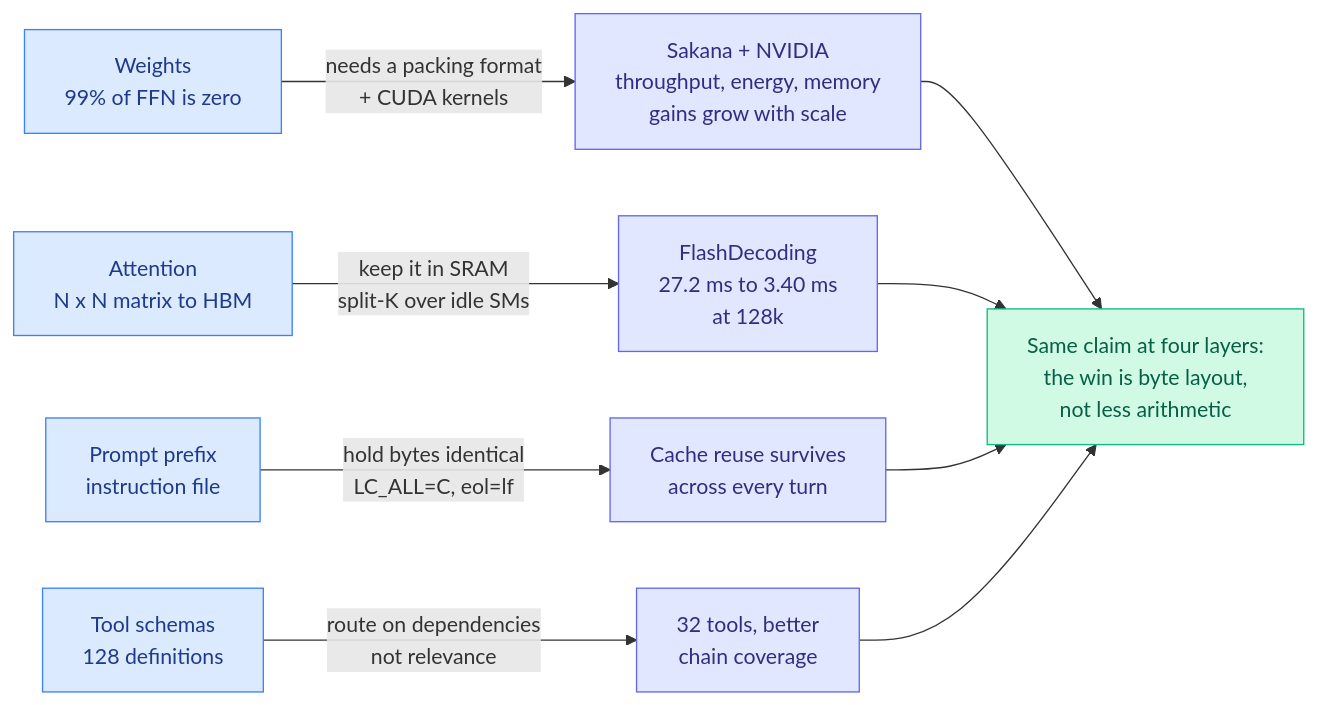
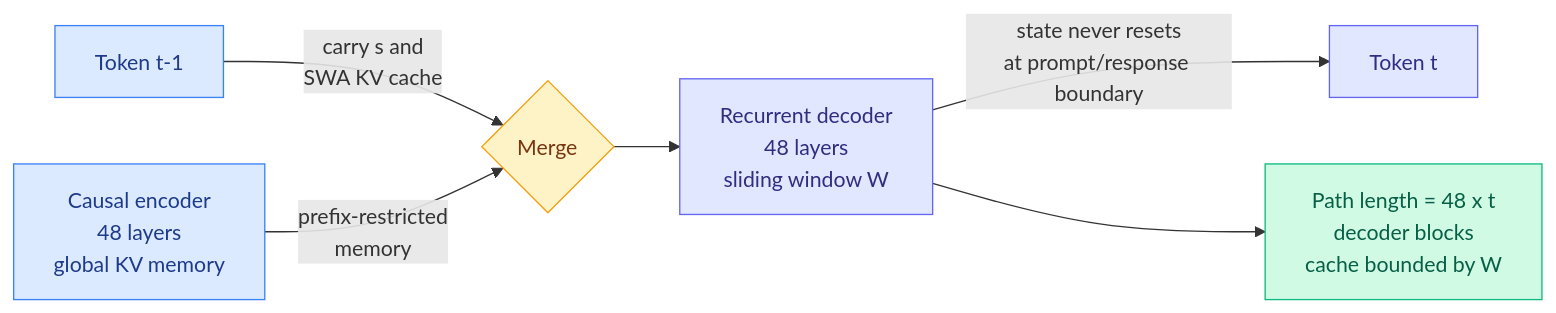
One commit to bayesiansapien/cere-bro changed the diagram in wiki/media-zone/2026-09/2026-09-13.md. Above: the diagram before and after it, drawn with Mermaid. The commit also changed other lines of this file, not shown here.

````diff
--- a/wiki/media-zone/2026-09/2026-09-13.md
+++ b/wiki/media-zone/2026-09/2026-09-13.md
@@ -22,17 +22,16 @@
 ```mermaid
 flowchart LR
-  W[Weights<br/>99% of FFN is zero] -->|needs a packing format<br/>+ CUDA kernels| WK[Sakana + NVIDIA<br/>throughput, energy, memory<br/>gains grow with scale]
-  A[Attention<br/>N x N matrix to HBM] -->|keep it in SRAM<br/>split-K over idle SMs| AK[FlashDecoding<br/>27.2 ms to 3.40 ms<br/>at 128k]
-  P[Prompt prefix<br/>instruction file] -->|hold bytes identical<br/>LC_ALL=C, eol=lf| PK[Cache reuse survives<br/>across every turn]
-  T[Tool schemas<br/>128 definitions] -->|route on dependencies<br/>not relevance| TK[32 tools, better<br/>chain coverage]
-  WK --> C[Same claim at four layers:<br/>the win is byte layout,<br/>not less arithmetic]
-  AK --> C
-  PK --> C
-  TK --> C
+  T1[Token t-1] -->|carry s and<br/>SWA KV cache| M{Merge}
+  E[Causal encoder<br/>48 layers<br/>global KV memory] -->|prefix-restricted<br/>memory| M
+  M --> D[Recurrent decoder<br/>48 layers<br/>sliding window W]
+  D -->|state never resets<br/>at prompt/response boundary| T2[Token t]
+  D --> O[Path length = 48 x t<br/>decoder blocks<br/>cache bounded by W]
   classDef input fill:#dbeafe,stroke:#3b82f6,color:#1e3a8a
+  classDef decision fill:#fef3c7,stroke:#f59e0b,color:#78350f
   classDef aux fill:#e0e7ff,stroke:#6366f1,color:#312e81
   classDef output fill:#d1fae5,stroke:#10b981,color:#065f46
-  class W,A,P,T input
-  class WK,AK,PK,TK aux
-  class C output
+  class T1,E input
+  class M decision
+  class D,T2 aux
+  class O output
 ```
````
